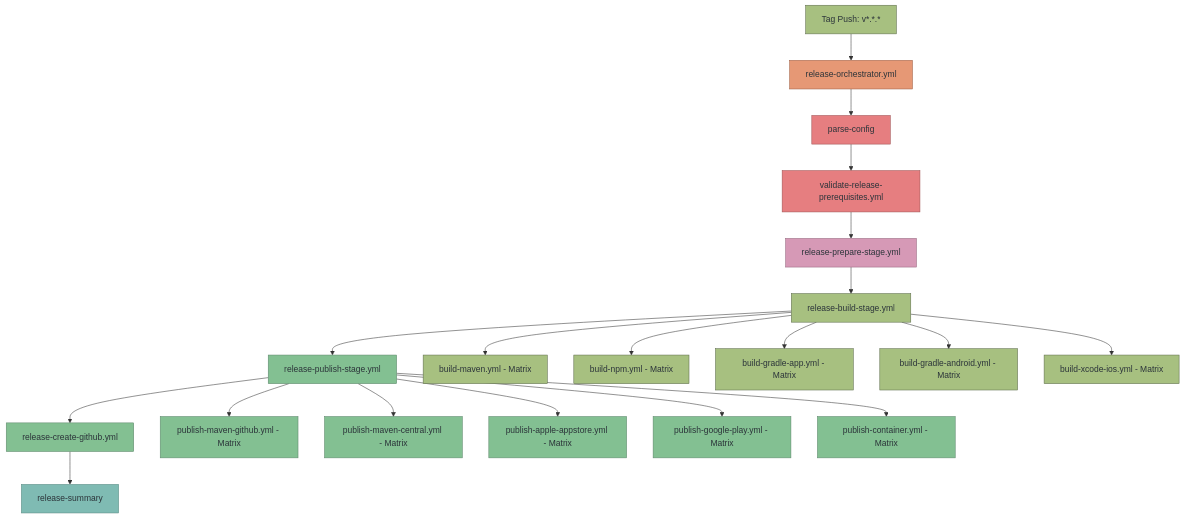
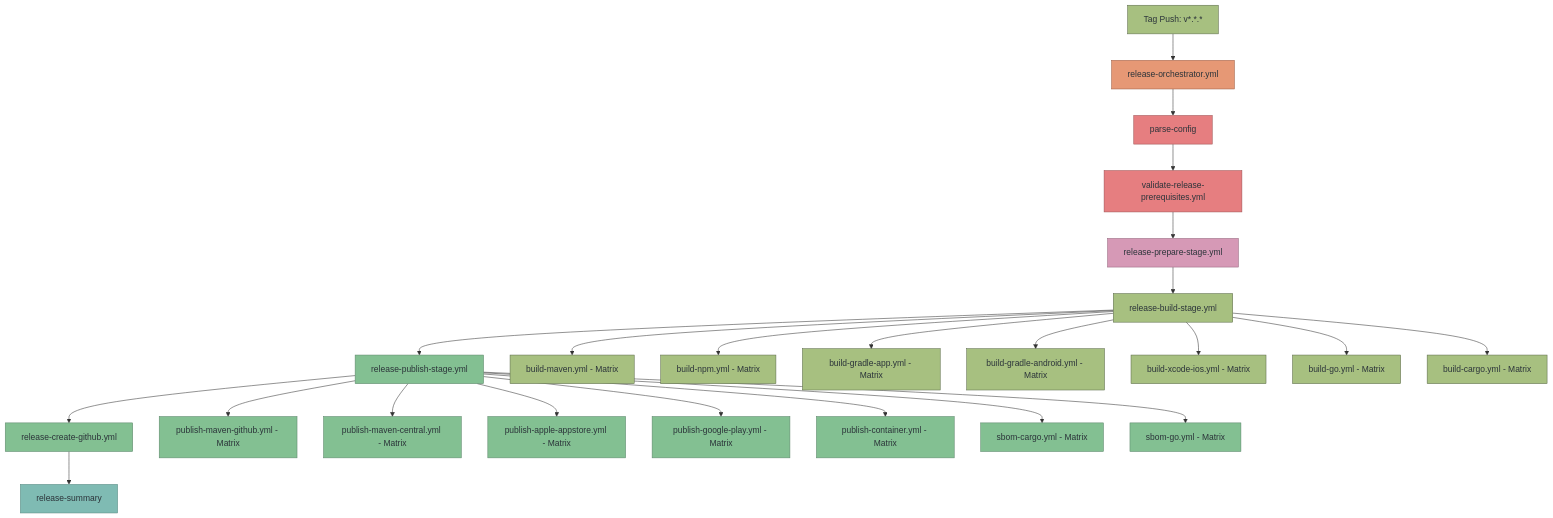
The second of 7 diagrams in docs/workflows.md (diggsweden/reusable-ci), drawn with Mermaid before and after one commit. The commit also changed other lines of this file and 709 other files, not shown here.

````diff
--- a/docs/workflows.md
+++ b/docs/workflows.md
@@ -123,43 +153,51 @@
 ```mermaid
 graph TD
     A[Tag Push: v*.*.* ] --> B[release-orchestrator.yml]
     B --> C[parse-config]
     C --> D[validate-release-prerequisites.yml]
     D --> E[release-prepare-stage.yml]
     E --> F[release-build-stage.yml]
     F --> G[release-publish-stage.yml]
     G --> H[release-create-github.yml]
     H --> I[release-summary]
 
     F --> J[build-maven.yml - Matrix]
     F --> K[build-npm.yml - Matrix]
     F --> L[build-gradle-app.yml - Matrix]
     F --> L2[build-gradle-android.yml - Matrix]
     F --> M[build-xcode-ios.yml - Matrix]
+    F --> M2[build-go.yml - Matrix]
+    F --> M3[build-cargo.yml - Matrix]
 
     G --> N[publish-maven-github.yml - Matrix]
     G --> O[publish-maven-central.yml - Matrix]
     G --> P[publish-apple-appstore.yml - Matrix]
     G --> Q[publish-google-play.yml - Matrix]
     G --> R[publish-container.yml - Matrix]
+    G --> S[sbom-cargo.yml - Matrix]
+    G --> T[sbom-go.yml - Matrix]
 
     style A fill:#a7c080,stroke:#5c6a4a,color:#2b3339
     style B fill:#e69875,stroke:#9d5c41,color:#2b3339
     style C fill:#e67e80,stroke:#9d4f50,color:#2b3339
     style D fill:#e67e80,stroke:#9d4f50,color:#2b3339
     style E fill:#d699b6,stroke:#93647c,color:#2b3339
     style F fill:#a7c080,stroke:#5c6a4a,color:#2b3339
     style G fill:#83c092,stroke:#5c856a,color:#2b3339
     style H fill:#83c092,stroke:#5c856a,color:#2b3339
     style I fill:#7fbbb3,stroke:#5a8a82,color:#2b3339
     style J fill:#a7c080,stroke:#5c6a4a,color:#2b3339
     style K fill:#a7c080,stroke:#5c6a4a,color:#2b3339
     style L fill:#a7c080,stroke:#5c6a4a,color:#2b3339
     style L2 fill:#a7c080,stroke:#5c6a4a,color:#2b3339
     style M fill:#a7c080,stroke:#5c6a4a,color:#2b3339
+    style M2 fill:#a7c080,stroke:#5c6a4a,color:#2b3339
+    style M3 fill:#a7c080,stroke:#5c6a4a,color:#2b3339
     style N fill:#83c092,stroke:#5c856a,color:#2b3339
     style O fill:#83c092,stroke:#5c856a,color:#2b3339
     style P fill:#83c092,stroke:#5c856a,color:#2b3339
     style Q fill:#83c092,stroke:#5c856a,color:#2b3339
     style R fill:#83c092,stroke:#5c856a,color:#2b3339
+    style S fill:#83c092,stroke:#5c856a,color:#2b3339
+    style T fill:#83c092,stroke:#5c856a,color:#2b3339
 ```
````
